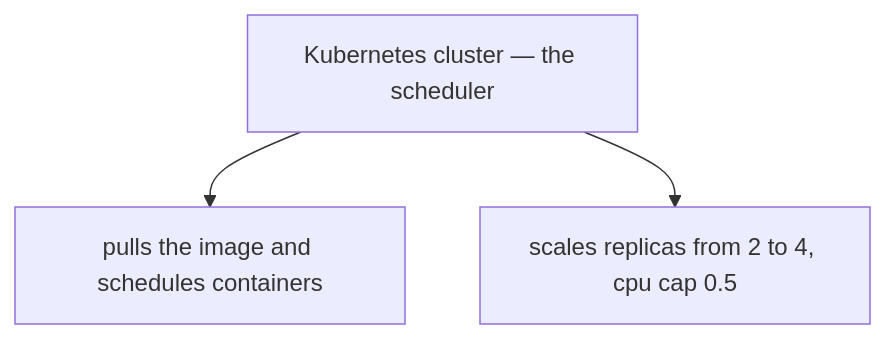
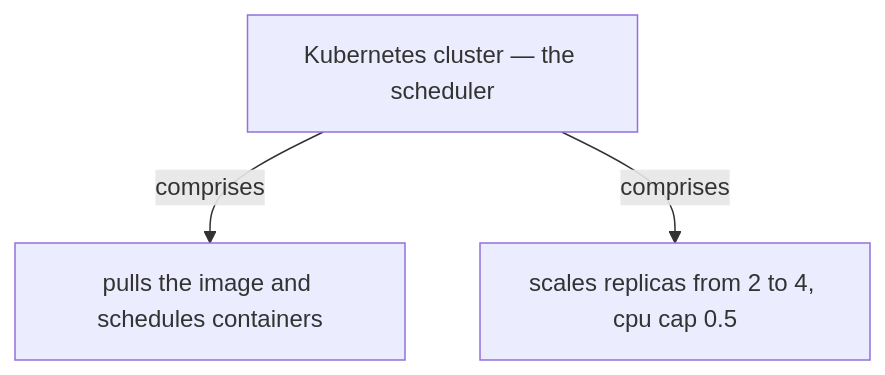
One commit to vinayakuber/microservices-io-study-guide changed the seventh of 13 diagrams in docs/ch37-service-per-container.md. Above: the diagram before and after it, drawn with Mermaid. The commit also changed other lines of this file and 71 other files, not shown here.

First line of the commit message:
R18: label every diagram arrow with its meaning

````diff
--- a/docs/ch37-service-per-container.md
+++ b/docs/ch37-service-per-container.md
@@ -230,6 +230,6 @@
 ```mermaid
 flowchart TD
   R["Kubernetes cluster — the scheduler"]
-  R --> P0["pulls the image and schedules containers"]
-  R --> P1["scales replicas from 2 to 4, cpu cap 0.5"]
+  R -->|"comprises"| P0["pulls the image and schedules containers"]
+  R -->|"comprises"| P1["scales replicas from 2 to 4, cpu cap 0.5"]
 ```
````
